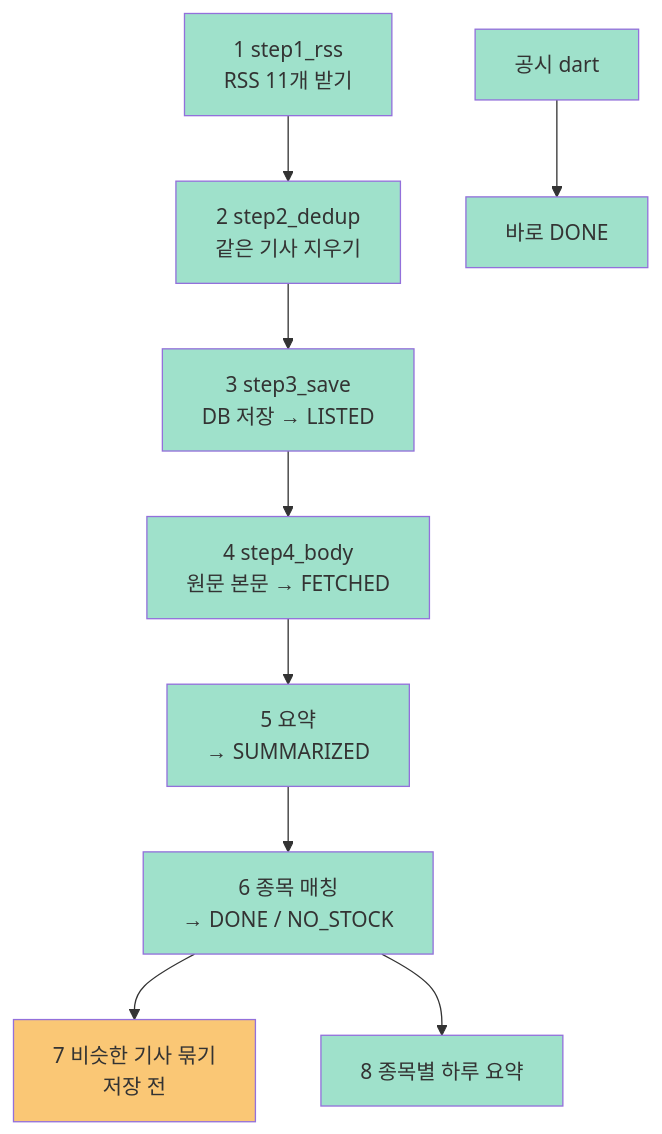
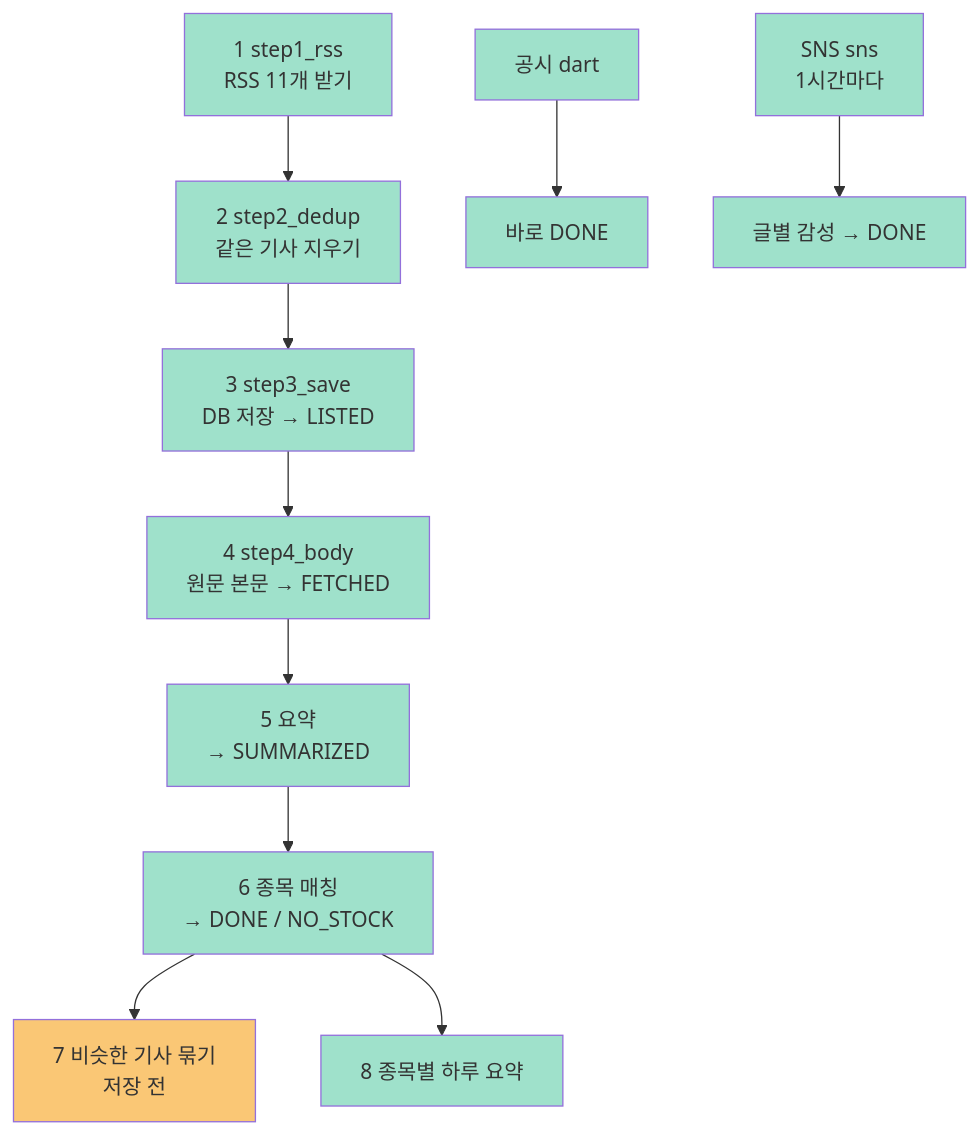
The second of 2 diagrams in ai/docs/학습/00_전체그림.md (hk-finance-team2/stock-news-matching), drawn with Mermaid before and after one commit. The commit also changed other lines of this file and 32 other files, not shown here.

````diff
--- a/ai/docs/학습/00_전체그림.md
+++ b/ai/docs/학습/00_전체그림.md
@@ -30,21 +32,24 @@
 ```mermaid
 flowchart TD
     A[1 step1_rss<br/>RSS 11개 받기] --> B[2 step2_dedup<br/>같은 기사 지우기]
     B --> C[3 step3_save<br/>DB 저장 → LISTED]
     C --> D[4 step4_body<br/>원문 본문 → FETCHED]
     D --> E[5 요약<br/>→ SUMMARIZED]
     E --> F[6 종목 매칭<br/>→ DONE / NO_STOCK]
     F --> G[7 비슷한 기사 묶기<br/>저장 전]
     F --> H[8 종목별 하루 요약]
     P[공시 dart] --> Q[바로 DONE]
+    S[SNS sns<br/>1시간마다] --> T[글별 감성 → DONE]
     style A fill:#9FE1CB
     style B fill:#9FE1CB
     style C fill:#9FE1CB
     style D fill:#9FE1CB
     style E fill:#9FE1CB
     style F fill:#9FE1CB
     style G fill:#FAC775
     style H fill:#9FE1CB
     style P fill:#9FE1CB
     style Q fill:#9FE1CB
+    style S fill:#9FE1CB
+    style T fill:#9FE1CB
 ```
````
